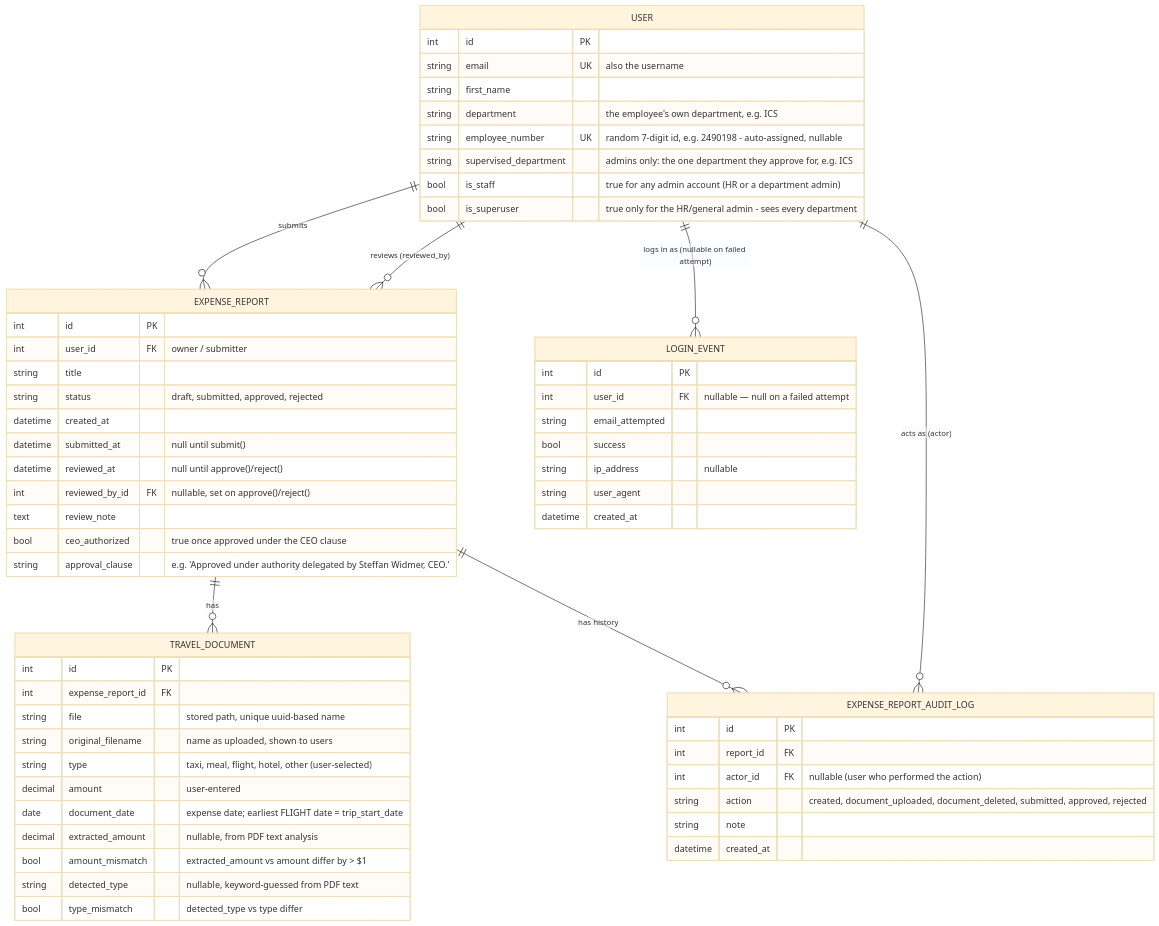
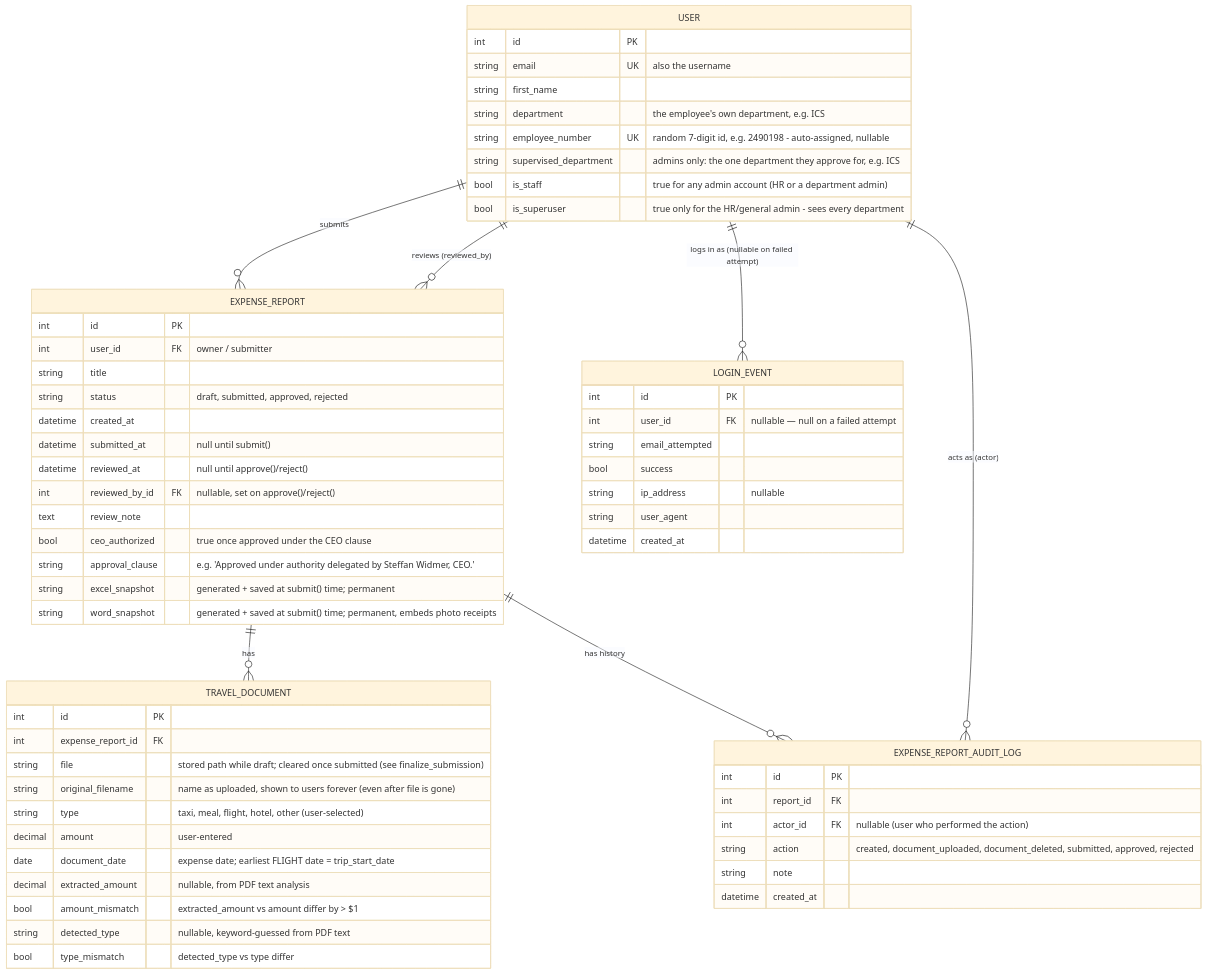
One commit to axelvalenzuela/Claude-Dev changed the diagram in lab2/docs/DATA_MODEL.md. Above: the diagram before and after it, drawn with Mermaid (base theme). The commit also changed other lines of this file and 35 other files, not shown here.

````diff
--- a/lab2/docs/DATA_MODEL.md
+++ b/lab2/docs/DATA_MODEL.md
@@ -9,67 +9,69 @@
 ```mermaid
 erDiagram
     USER ||--o{ EXPENSE_REPORT : "submits"
     USER ||--o{ EXPENSE_REPORT : "reviews (reviewed_by)"
     USER ||--o{ LOGIN_EVENT : "logs in as (nullable on failed attempt)"
     USER ||--o{ EXPENSE_REPORT_AUDIT_LOG : "acts as (actor)"
     EXPENSE_REPORT ||--o{ TRAVEL_DOCUMENT : "has"
     EXPENSE_REPORT ||--o{ EXPENSE_REPORT_AUDIT_LOG : "has history"
 
     USER {
         int id PK
         string email UK "also the username"
         string first_name
         string department "the employee's own department, e.g. ICS"
         string employee_number UK "random 7-digit id, e.g. 2490198 - auto-assigned, nullable"
         string supervised_department "admins only: the one department they approve for, e.g. ICS"
         bool is_staff "true for any admin account (HR or a department admin)"
         bool is_superuser "true only for the HR/general admin - sees every department"
     }
 
     EXPENSE_REPORT {
         int id PK
         int user_id FK "owner / submitter"
         string title
         string status "draft, submitted, approved, rejected"
         datetime created_at
         datetime submitted_at "null until submit()"
         datetime reviewed_at "null until approve()/reject()"
         int reviewed_by_id FK "nullable, set on approve()/reject()"
         text review_note
         bool ceo_authorized "true once approved under the CEO clause"
         string approval_clause "e.g. 'Approved under authority delegated by Steffan Widmer, CEO.'"
+        string excel_snapshot "generated + saved at submit() time; permanent"
+        string word_snapshot "generated + saved at submit() time; permanent, embeds photo receipts"
     }
 
     TRAVEL_DOCUMENT {
         int id PK
         int expense_report_id FK
-        string file "stored path, unique uuid-based name"
-        string original_filename "name as uploaded, shown to users"
+        string file "stored path while draft; cleared once submitted (see finalize_submission)"
+        string original_filename "name as uploaded, shown to users forever (even after file is gone)"
         string type "taxi, meal, flight, hotel, other (user-selected)"
         decimal amount "user-entered"
         date document_date "expense date; earliest FLIGHT date = trip_start_date"
         decimal extracted_amount "nullable, from PDF text analysis"
         bool amount_mismatch "extracted_amount vs amount differ by > $1"
         string detected_type "nullable, keyword-guessed from PDF text"
         bool type_mismatch "detected_type vs type differ"
     }
 
     EXPENSE_REPORT_AUDIT_LOG {
         int id PK
         int report_id FK
         int actor_id FK "nullable (user who performed the action)"
         string action "created, document_uploaded, document_deleted, submitted, approved, rejected"
         string note
         datetime created_at
     }
 
     LOGIN_EVENT {
         int id PK
         int user_id FK "nullable — null on a failed attempt"
         string email_attempted
         bool success
         string ip_address "nullable"
         string user_agent
         datetime created_at
     }
 ```
````
